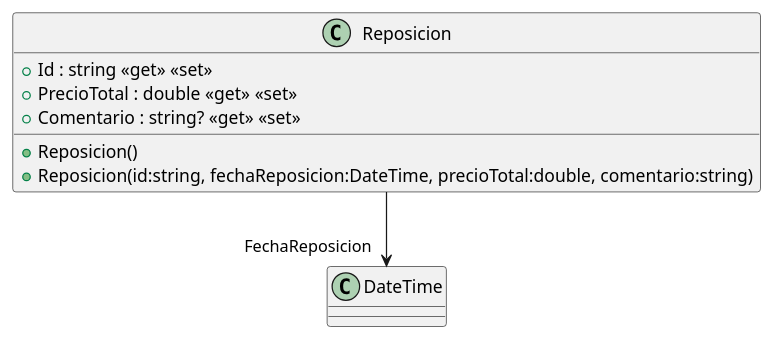
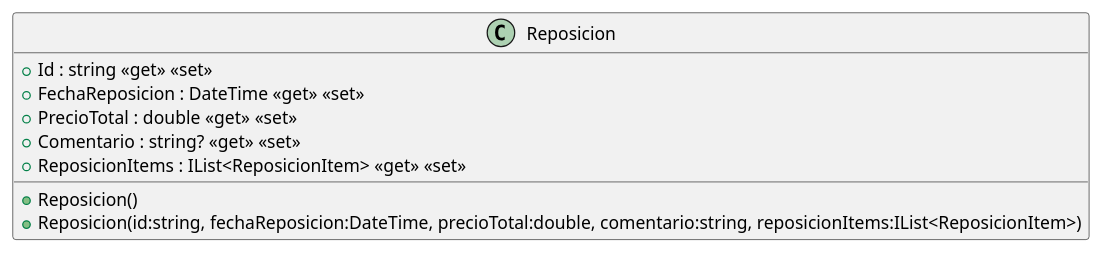
The diagram in src/AppForSEII.API/ClassDiagram/Reposicion.puml (ISII2627LosElnes/ISII2627LosElnes), drawn with PlantUML before and after one commit. The commit also changed 12 other files, not shown here.

Commit message:
Creación de la relación entre Libro y ReposicionItem

```diff
--- a/src/AppForSEII.API/ClassDiagram/Reposicion.puml
+++ b/src/AppForSEII.API/ClassDiagram/Reposicion.puml
@@ -1,10 +1,11 @@
 @startuml
 class Reposicion {
     + Reposicion()
-    + Reposicion(id:string, fechaReposicion:DateTime, precioTotal:double, comentario:string)
+    + Reposicion(id:string, fechaReposicion:DateTime, precioTotal:double, comentario:string, reposicionItems:IList<ReposicionItem>)
     + Id : string <<get>> <<set>>
+    + FechaReposicion : DateTime <<get>> <<set>>
     + PrecioTotal : double <<get>> <<set>>
     + Comentario : string? <<get>> <<set>>
+    + ReposicionItems : IList<ReposicionItem> <<get>> <<set>>
 }
-Reposicion --> "FechaReposicion" DateTime
 @enduml
```
